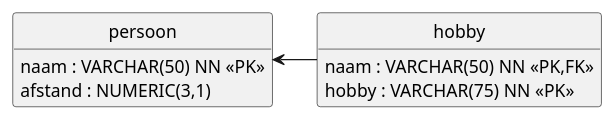
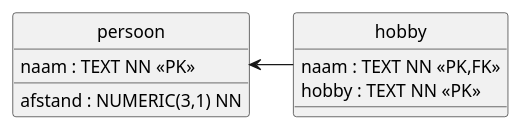
The diagram in documentatie/SDD/PDM.puml (bartvanderwal/P1-Eindapplicatie), drawn with PlantUML before and after one commit.

Commit message:
Varchar naar Text, helaas is diagram nu niet meer netjes...

```diff
--- a/documentatie/SDD/PDM.puml
+++ b/documentatie/SDD/PDM.puml
@@ -1,18 +1,17 @@
 @startuml KlasKompas_PDM
 'configuration
 hide circle
-hide attributes
 
 entity persoon {
-    naam : VARCHAR(50) NN <<PK>>
-    afstand : NUMERIC(3,1)
+    naam : TEXT NN <<PK>>
+    afstand : NUMERIC(3,1) NN
 }
 
 entity hobby {
-    naam : VARCHAR(50) NN <<PK,FK>>
-    hobby : VARCHAR(75) NN <<PK>>
+    naam : TEXT NN <<PK,FK>>
+    hobby : TEXT NN <<PK>>
 }
 
 persoon <- hobby
 
 @enduml
```
